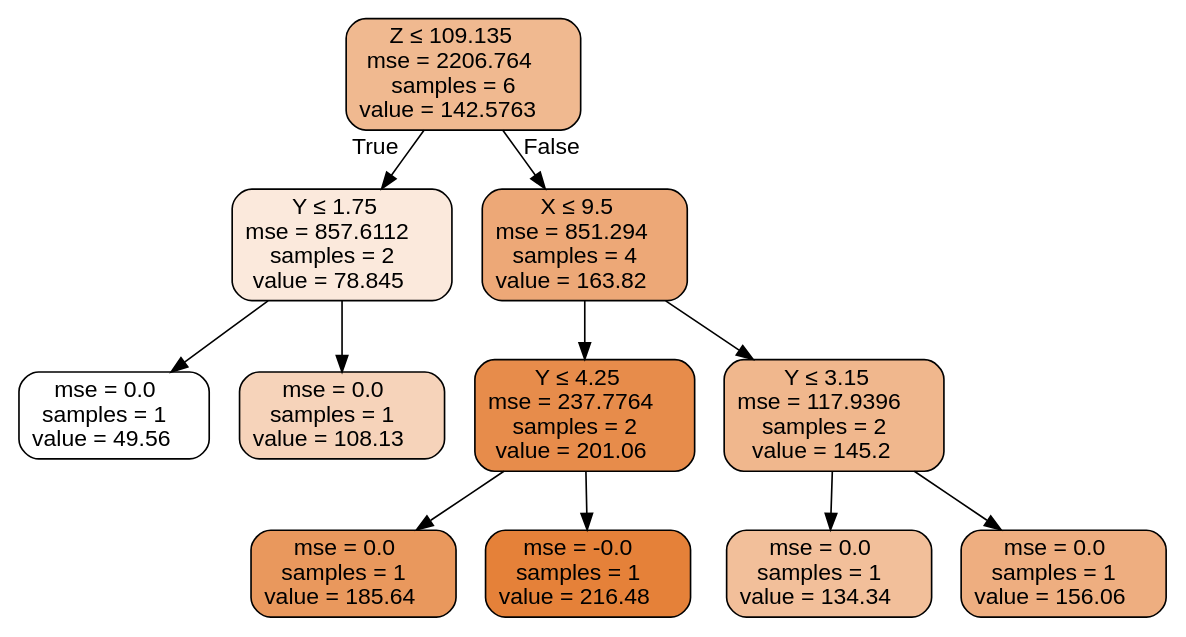
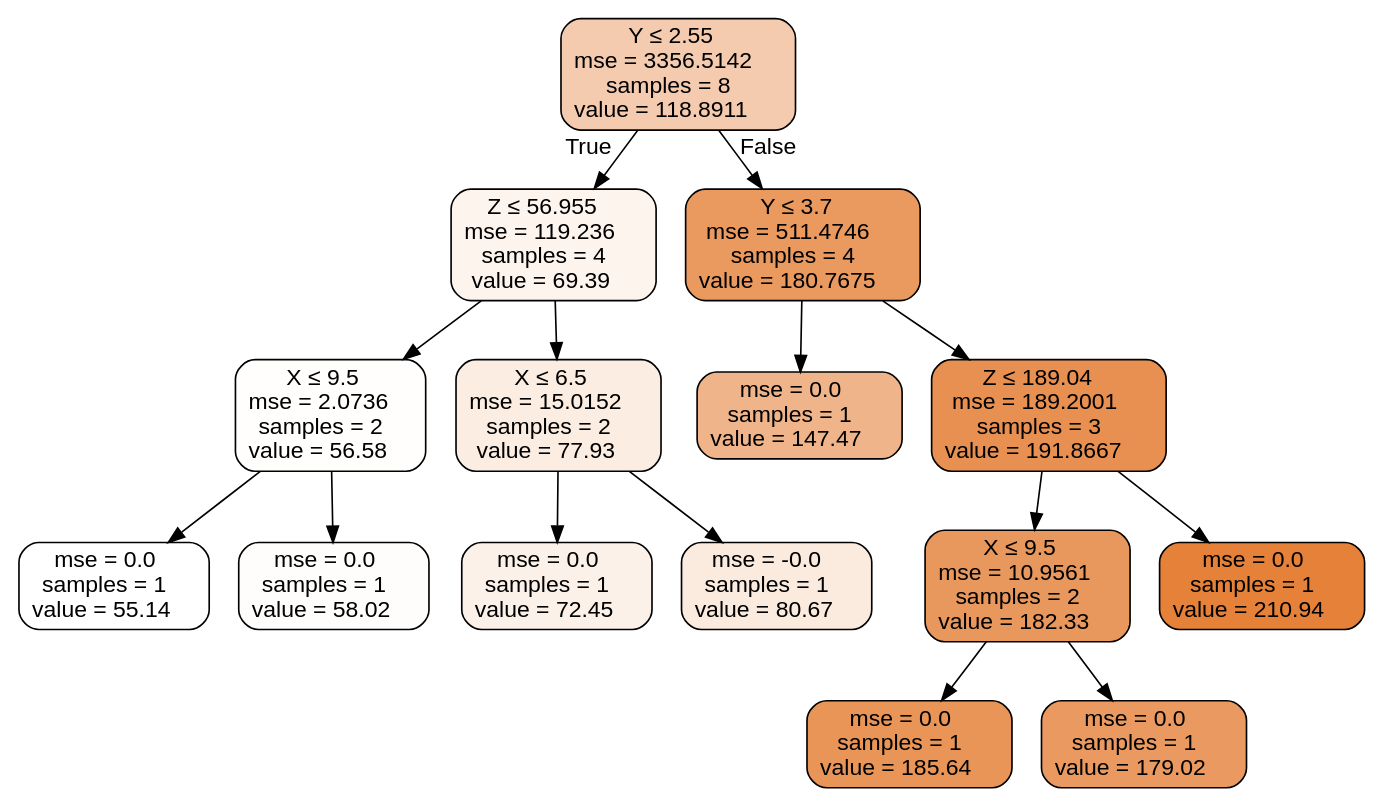
One commit to words-sdsc/IPPD changed the diagram in ProfilingData/estimator0_example.dot. Above: the diagram before and after it, drawn with Graphviz. The commit also changed 5 other files, not shown here.

```diff
--- a/ProfilingData/estimator0_example.dot
+++ b/ProfilingData/estimator0_example.dot
@@ -1,25 +1,33 @@
 digraph Tree {
 node [shape=box, style="filled, rounded", color="black", fontname=helvetica] ;
 edge [fontname=helvetica] ;
-0 [label=<Z &le; 109.135<br/>mse = 2206.764<br/>samples = 6<br/>value = 142.5763>, fillcolor="#e581398e"] ;
-1 [label=<Y &le; 1.75<br/>mse = 857.6112<br/>samples = 2<br/>value = 78.845>, fillcolor="#e581392d"] ;
+0 [label=<Y &le; 2.55<br/>mse = 3356.5142<br/>samples = 8<br/>value = 118.8911>, fillcolor="#e5813968"] ;
+1 [label=<Z &le; 56.955<br/>mse = 119.236<br/>samples = 4<br/>value = 69.39>, fillcolor="#e5813917"] ;
 0 -> 1 [labeldistance=2.5, labelangle=45, headlabel="True"] ;
-2 [label=<mse = 0.0<br/>samples = 1<br/>value = 49.56>, fillcolor="#e5813900"] ;
+2 [label=<X &le; 9.5<br/>mse = 2.0736<br/>samples = 2<br/>value = 56.58>, fillcolor="#e5813902"] ;
 1 -> 2 ;
-3 [label=<mse = 0.0<br/>samples = 1<br/>value = 108.13>, fillcolor="#e5813959"] ;
-1 -> 3 ;
-4 [label=<X &le; 9.5<br/>mse = 851.294<br/>samples = 4<br/>value = 163.82>, fillcolor="#e58139af"] ;
-0 -> 4 [labeldistance=2.5, labelangle=-45, headlabel="False"] ;
-5 [label=<Y &le; 4.25<br/>mse = 237.7764<br/>samples = 2<br/>value = 201.06>, fillcolor="#e58139e7"] ;
-4 -> 5 ;
-6 [label=<mse = 0.0<br/>samples = 1<br/>value = 185.64>, fillcolor="#e58139d0"] ;
+3 [label=<mse = 0.0<br/>samples = 1<br/>value = 55.14>, fillcolor="#e5813900"] ;
+2 -> 3 ;
+4 [label=<mse = 0.0<br/>samples = 1<br/>value = 58.02>, fillcolor="#e5813905"] ;
+2 -> 4 ;
+5 [label=<X &le; 6.5<br/>mse = 15.0152<br/>samples = 2<br/>value = 77.93>, fillcolor="#e5813925"] ;
+1 -> 5 ;
+6 [label=<mse = 0.0<br/>samples = 1<br/>value = 72.45>, fillcolor="#e581391c"] ;
 5 -> 6 ;
-7 [label=<mse = -0.0<br/>samples = 1<br/>value = 216.48>, fillcolor="#e58139ff"] ;
+7 [label=<mse = -0.0<br/>samples = 1<br/>value = 80.67>, fillcolor="#e581392a"] ;
 5 -> 7 ;
-8 [label=<Y &le; 3.15<br/>mse = 117.9396<br/>samples = 2<br/>value = 145.2>, fillcolor="#e5813992"] ;
-4 -> 8 ;
-9 [label=<mse = 0.0<br/>samples = 1<br/>value = 134.34>, fillcolor="#e5813982"] ;
+8 [label=<Y &le; 3.7<br/>mse = 511.4746<br/>samples = 4<br/>value = 180.7675>, fillcolor="#e58139ce"] ;
+0 -> 8 [labeldistance=2.5, labelangle=-45, headlabel="False"] ;
+9 [label=<mse = 0.0<br/>samples = 1<br/>value = 147.47>, fillcolor="#e5813997"] ;
 8 -> 9 ;
-10 [label=<mse = 0.0<br/>samples = 1<br/>value = 156.06>, fillcolor="#e58139a3"] ;
+10 [label=<Z &le; 189.04<br/>mse = 189.2001<br/>samples = 3<br/>value = 191.8667>, fillcolor="#e58139e0"] ;
 8 -> 10 ;
+11 [label=<X &le; 9.5<br/>mse = 10.9561<br/>samples = 2<br/>value = 182.33>, fillcolor="#e58139d0"] ;
+10 -> 11 ;
+12 [label=<mse = 0.0<br/>samples = 1<br/>value = 185.64>, fillcolor="#e58139d6"] ;
+11 -> 12 ;
+13 [label=<mse = 0.0<br/>samples = 1<br/>value = 179.02>, fillcolor="#e58139cb"] ;
+11 -> 13 ;
+14 [label=<mse = 0.0<br/>samples = 1<br/>value = 210.94>, fillcolor="#e58139ff"] ;
+10 -> 14 ;
 }
```
